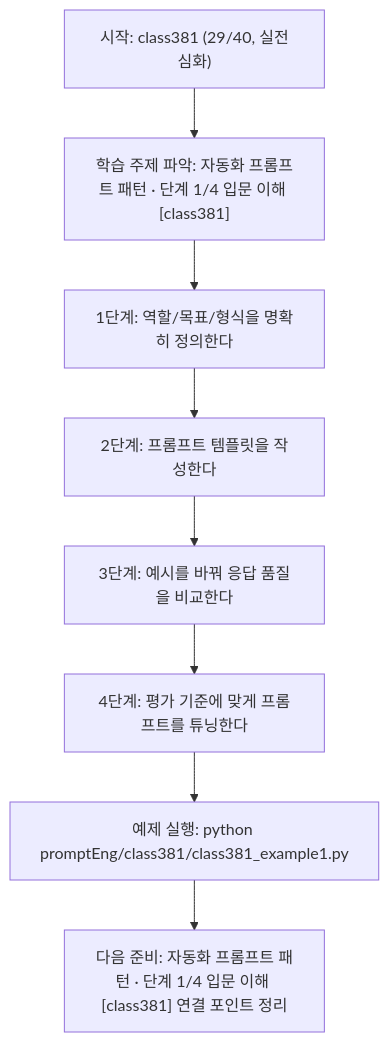
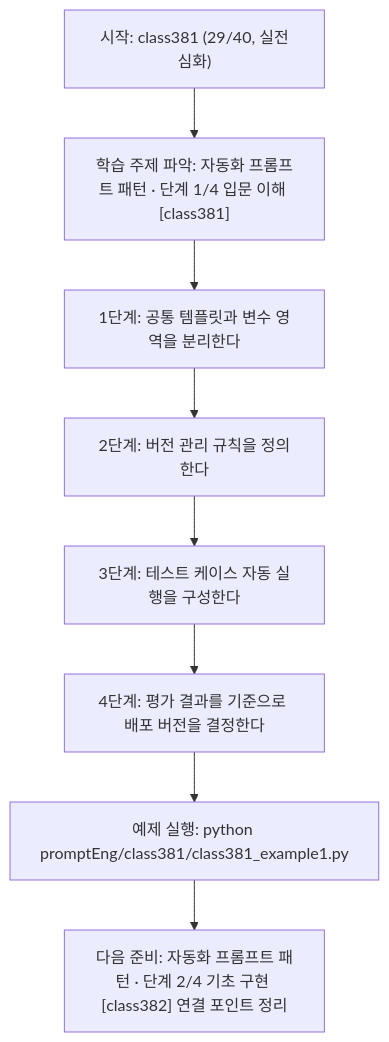
The diagram in promptEng/class381/class381.md (edumgt/Python-AI_Agent-Class), drawn with Mermaid before and after one commit. The commit also changed other lines of this file and 283 other files, not shown here.

````diff
--- a/promptEng/class381/class381.md
+++ b/promptEng/class381/class381.md
@@ -110,18 +91,18 @@
 ```mermaid
 flowchart TD
 N1["시작: class381 (29/40, 실전심화)"]
 N2["학습 주제 파악: 자동화 프롬프트 패턴 · 단계 1/4 입문 이해 [class381]"]
-N3["1단계: 역할/목표/형식을 명확히 정의한다"]
-N4["2단계: 프롬프트 템플릿을 작성한다"]
-N5["3단계: 예시를 바꿔 응답 품질을 비교한다"]
-N6["4단계: 평가 기준에 맞게 프롬프트를 튜닝한다"]
+N3["1단계: 공통 템플릿과 변수 영역을 분리한다"]
+N4["2단계: 버전 관리 규칙을 정의한다"]
+N5["3단계: 테스트 케이스 자동 실행을 구성한다"]
+N6["4단계: 평가 결과를 기준으로 배포 버전을 결정한다"]
 N7["예제 실행: python promptEng/class381/class381_example1.py"]
-N8["다음 준비: 자동화 프롬프트 패턴 · 단계 1/4 입문 이해 [class381] 연결 포인트 정리"]
+N8["다음 준비: 자동화 프롬프트 패턴 · 단계 2/4 기초 구현 [class382] 연결 포인트 정리"]
 N1 --> N2
 N2 --> N3
 N3 --> N4
 N4 --> N5
 N5 --> N6
 N6 --> N7
 N7 --> N8
 ```
````
